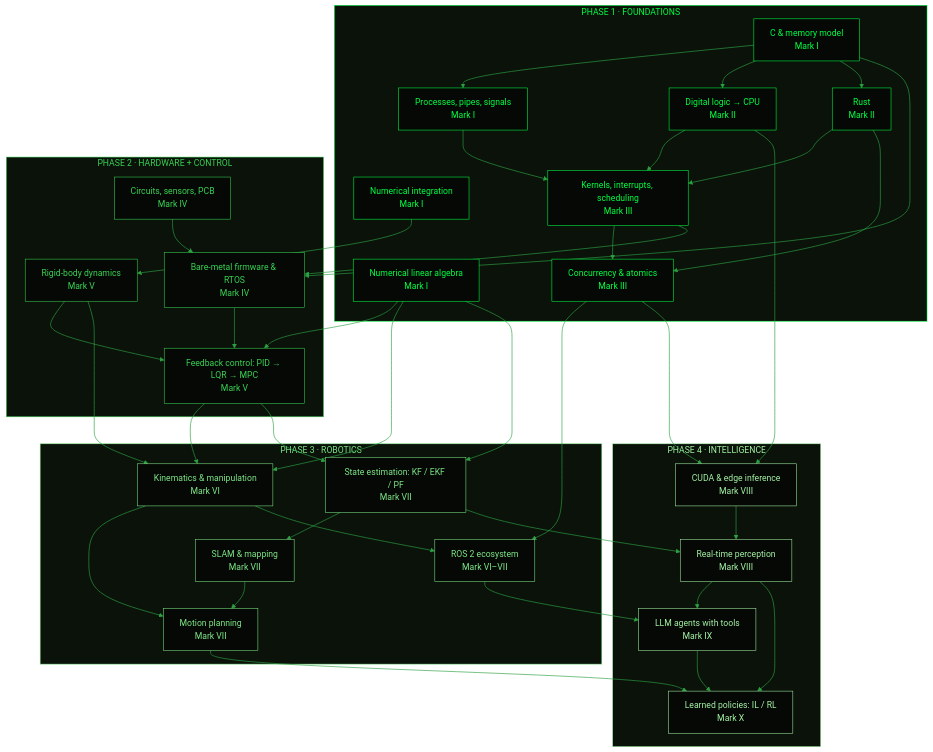
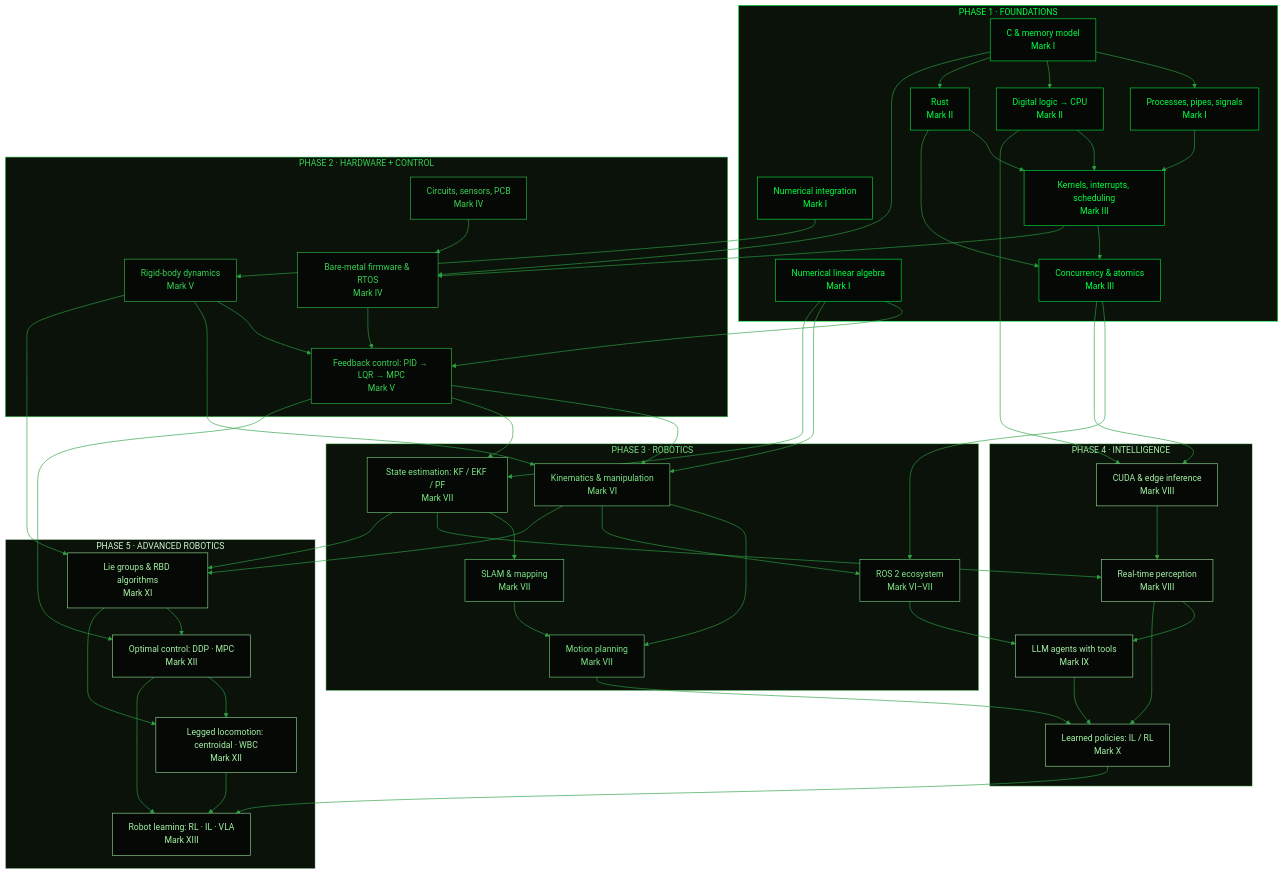
The diagram in docs/skill-tree.md (Lourdhu02/tony-stark), drawn with Mermaid before and after one commit. The commit also changed other lines of this file and 44 other files, not shown here.

First line of the commit message:
Phase 5: advanced robotics, with the Mark XI textbook and lab, and XII/XIII dossiers

````diff
--- a/docs/skill-tree.md
+++ b/docs/skill-tree.md
@@ -44,11 +44,19 @@
         POLICY["Learned policies: IL / RL<br/>Mark X"]:::ai
     end
 
+    subgraph P5["PHASE 5 · ADVANCED ROBOTICS"]
+        RBD["Lie groups & RBD algorithms<br/>Mark XI"]:::ai
+        OC["Optimal control: DDP · MPC<br/>Mark XII"]:::ai
+        LEG["Legged locomotion: centroidal · WBC<br/>Mark XII"]:::ai
+        RL["Robot learning: RL · IL · VLA<br/>Mark XIII"]:::ai
+    end
+
     style P1 fill:#0a120a,stroke:#00ff41,color:#00ff41
     style P2 fill:#0a120a,stroke:#39d353,color:#39d353
     style P3 fill:#0a120a,stroke:#7ee787,color:#7ee787
     style P4 fill:#0a120a,stroke:#a5f3a5,color:#a5f3a5
     linkStyle default stroke:#2ea043,stroke-width:1.2px
+    style P5 fill:#0a120a,stroke:#d2f7d2,color:#d2f7d2
 
     C --> PROC --> OS
     C --> ARCH --> OS
@@ -81,4 +89,14 @@
     PLAN --> POLICY
     PERC --> POLICY
     AGENT --> POLICY
+    DYN --> RBD
+    KIN --> RBD
+    EST --> RBD
+    RBD --> OC
+    CTRL --> OC
+    OC --> LEG
+    RBD --> LEG
+    OC --> RL
+    POLICY --> RL
+    LEG --> RL
 ```
````
